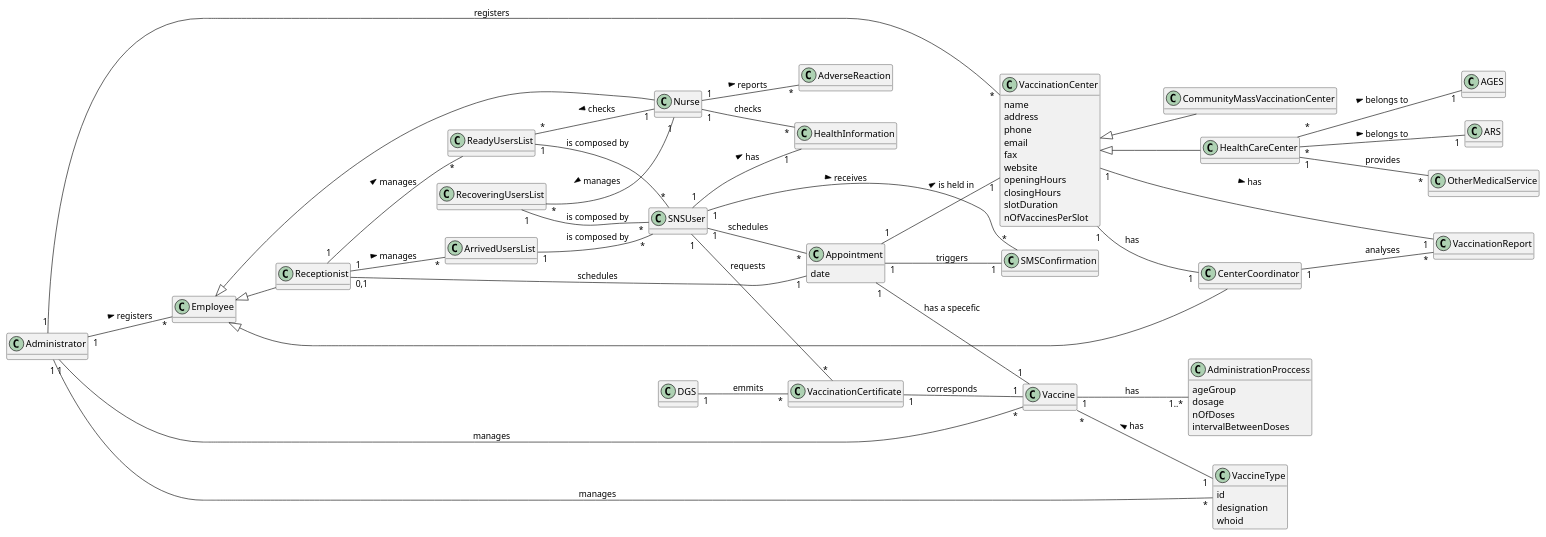
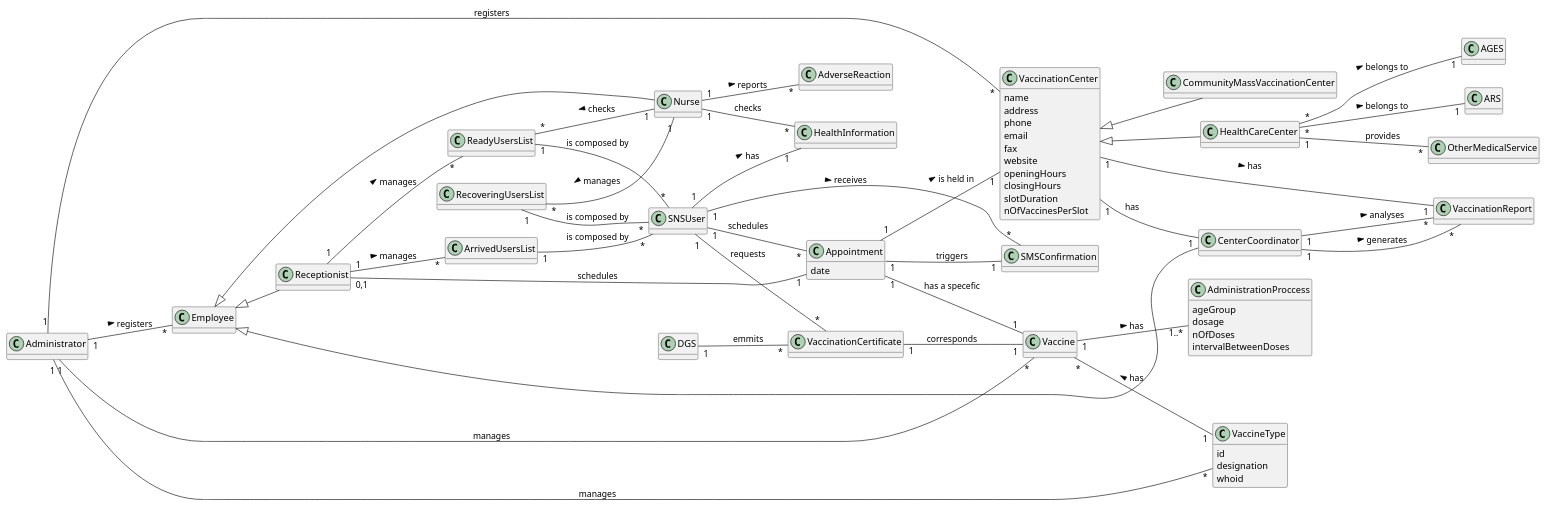
One commit to miseEnPlace-i/lapr2 changed the diagram in docs/SprintA/DM.puml. Above: the diagram before and after it, drawn with PlantUML. The commit also changed 2 other files, not shown here.

```diff
--- a/docs/SprintA/DM.puml
+++ b/docs/SprintA/DM.puml
@@ -1,116 +1,117 @@
 @startuml
 
 hide methods
 left to right direction
 skinparam classAttributeIconSize 0
 
 class CommunityMassVaccinationCenter {}
 
 class HealthCareCenter {}
 
 class VaccinationCenter {
   name
   address
   phone
   email
   fax
   website
   openingHours
   closingHours
   slotDuration
   nOfVaccinesPerSlot
 }
 
 class Vaccine {}
 
 class VaccineType {
   id
   designation
   whoid
 }
 
 class SNSUser {}
 
 class HealthInformation {}
 
 class Administrator {}
 
 class Employee {}
 
 class Nurse {}
 
 class Receptionist {}
 
 class CenterCoordinator {}
 
 class Appointment {
   date
 }
 
 class AdministrationProccess {
   ageGroup
   dosage
   nOfDoses
   intervalBetweenDoses
 }
 
 class AGES {}
 
 class ARS {}
 
 Vaccine "*" -- "1" VaccineType : has <
 
 Employee <|-- Nurse
 Employee <|-- Receptionist
 Employee <|-- CenterCoordinator
 
 VaccinationCenter <|-- CommunityMassVaccinationCenter
 VaccinationCenter <|-- HealthCareCenter
 
 VaccinationCenter "1" -- "1" CenterCoordinator : has 
 
 HealthCareCenter "*" -- "1" AGES : belongs to > 
 HealthCareCenter "*" -- "1" ARS : belongs to >
 
 Appointment "1" -- "1" VaccinationCenter : is held in >
 Appointment "1" -- "1" Vaccine : has a specefic 
 Appointment "1" -- "1" SMSConfirmation : triggers 
 
 Receptionist "1" -- "*" ReadyUsersList : manages >
 Receptionist "1" -- "*" ArrivedUsersList : manages >
 
 ReadyUsersList "1" -- "*" SNSUser : is composed by 
 ArrivedUsersList "1" -- "*" SNSUser : is composed by 
 RecoveringUsersList "1" -- "*" SNSUser : is composed by 
 
 ReadyUsersList "*" -- "1" Nurse : checks <
 RecoveringUsersList "*" -- "1" Nurse : manages <
 
 Administrator "1" -- "*" Employee : registers >
 Administrator "1" -- "*" VaccinationCenter : registers 
 Administrator "1" -- "*" VaccineType : manages 
 Administrator "1" -- "*" Vaccine : manages 
 
 SNSUser "1" -- "*" Appointment : schedules 
 SNSUser "1" -- "1" HealthInformation : has >
 
-Vaccine "1" -- "1..*" AdministrationProccess : has
+Vaccine "1" -- "1..*" AdministrationProccess : has >
 
 SNSUser "1" -- "*" SMSConfirmation : receives >
 
 HealthCareCenter "1" -- "*" OtherMedicalService : provides 
 
 SNSUser "1" -- "*" VaccinationCertificate : requests
 
 VaccinationCertificate "1" -- "1" Vaccine : corresponds 
 DGS "1" -- "*" VaccinationCertificate : emmits
 
 Receptionist "0,1" -- "1" Appointment : schedules
 
 Nurse "1" -- "*" AdverseReaction : reports >
 Nurse "1" -- "*" HealthInformation : checks 
 
 VaccinationCenter "1" -- "1" VaccinationReport : has >
-CenterCoordinator "1" -- "*" VaccinationReport : analyses
+CenterCoordinator "1" -- "*" VaccinationReport : analyses >
+CenterCoordinator "1" -- "*" VaccinationReport : generates >
 
 @enduml
```
